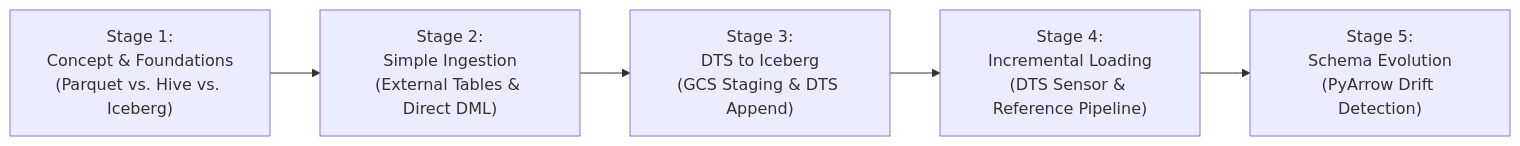
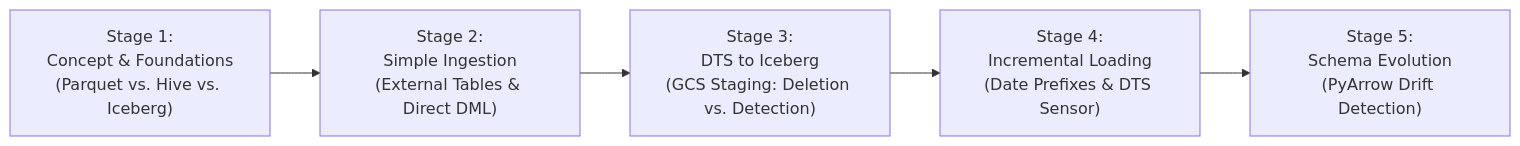
Before and after one commit to mchoirulgx/BigQuery-BigLake: the diagram in README.md, drawn with Mermaid. The commit also changed other lines of this file and 7 other files, not shown here.

Commit message:
docs: clarify GCS staging patterns (post-ingestion cleanup vs filename detection)

````diff
--- a/README.md
+++ b/README.md
@@ -25,7 +28,7 @@
 ```mermaid
 graph LR
     S1["Stage 1:<br/>Concept & Foundations<br/>(Parquet vs. Hive vs. Iceberg)"] --> S2["Stage 2:<br/>Simple Ingestion<br/>(External Tables & Direct DML)"]
-    S2 --> S3["Stage 3:<br/>DTS to Iceberg<br/>(GCS Staging & DTS Append)"]
-    S3 --> S4["Stage 4:<br/>Incremental Loading<br/>(DTS Sensor & Reference Pipeline)"]
+    S2 --> S3["Stage 3:<br/>DTS to Iceberg<br/>(GCS Staging: Deletion vs. Detection)"]
+    S3 --> S4["Stage 4:<br/>Incremental Loading<br/>(Date Prefixes & DTS Sensor)"]
     S4 --> S5["Stage 5:<br/>Schema Evolution<br/>(PyArrow Drift Detection)"]
 ```
````
